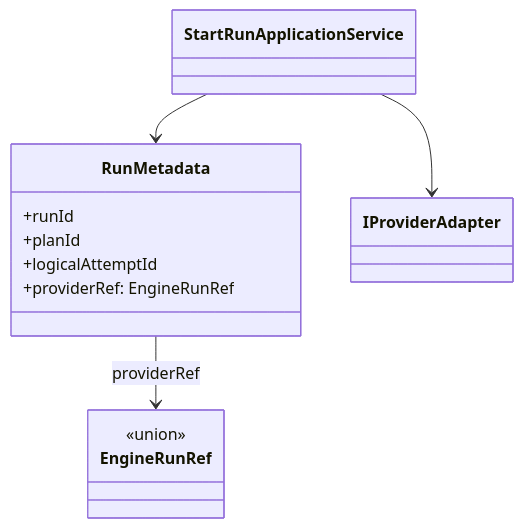
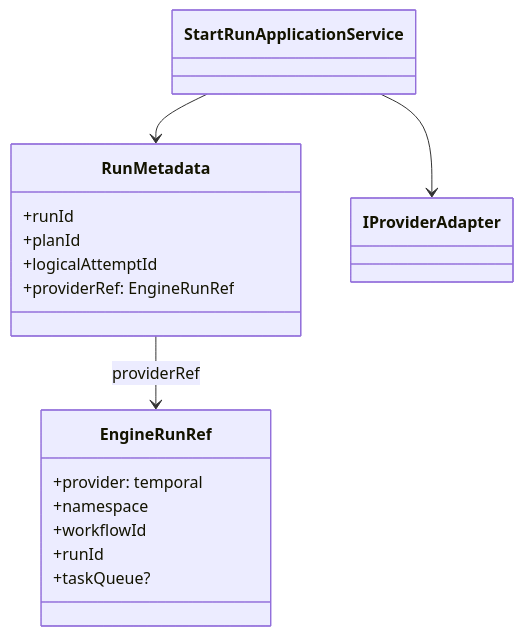
Before and after one commit to dunay2/dvt: the third of 4 diagrams in docs/architecture/system-delivery-status.md, drawn with Mermaid. The commit also changed other lines of this file and 82 other files, not shown here.

Commit message:
fix(contracts): Hard-cut runtime provider vocabulary to Temporal

````diff
--- a/docs/architecture/system-delivery-status.md
+++ b/docs/architecture/system-delivery-status.md
@@ -307,15 +307,19 @@
 ```mermaid
 classDiagram
     class RunMetadata {
         +runId
         +planId
         +logicalAttemptId
         +providerRef: EngineRunRef
     }
     class EngineRunRef {
-        <<union>>
+        +provider: temporal
+        +namespace
+        +workflowId
+        +runId
+        +taskQueue?
     }
     RunMetadata --> EngineRunRef : providerRef
     StartRunApplicationService --> RunMetadata
     StartRunApplicationService --> IProviderAdapter
 ```
````
